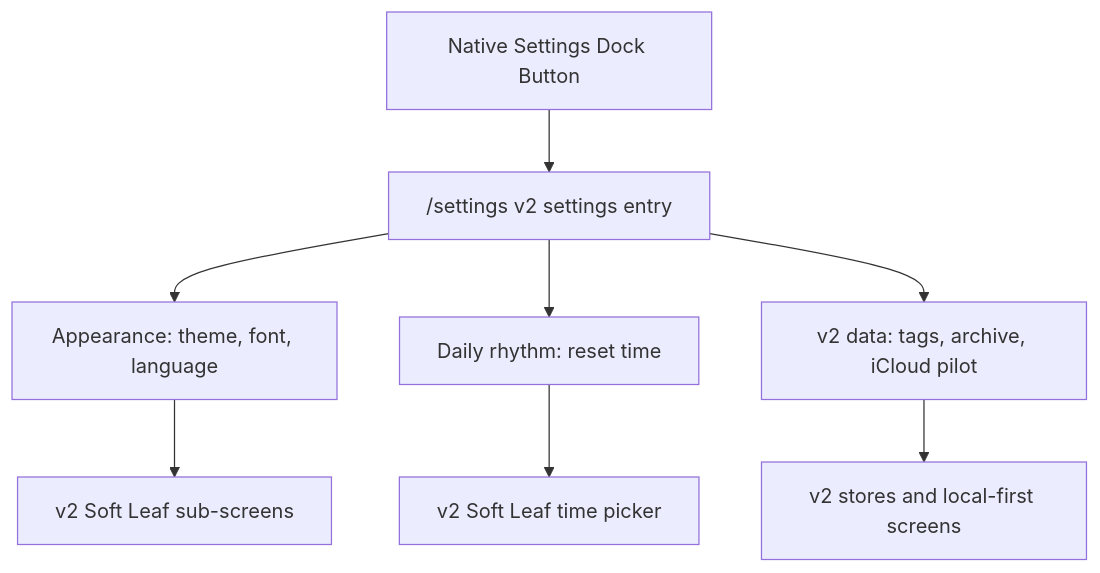
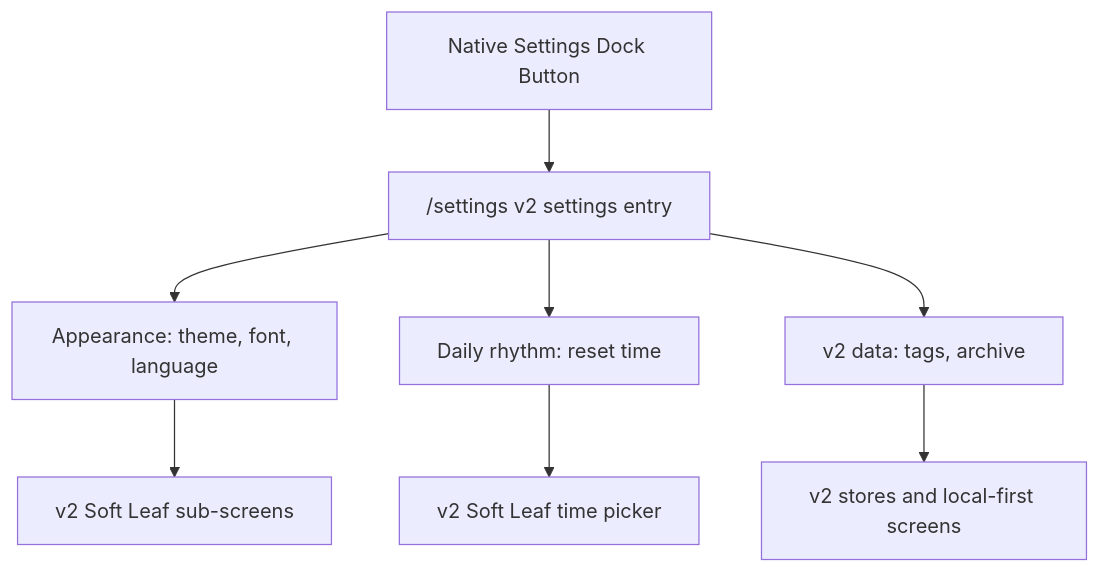
One commit to U-Keun/Tickly changed the diagram in docs/v2-notes/012-settings-redesign-direction.md. Above: the diagram before and after it, drawn with Mermaid. The commit also changed other lines of this file and 166 other files, not shown here.

````diff
--- a/docs/v2-notes/012-settings-redesign-direction.md
+++ b/docs/v2-notes/012-settings-redesign-direction.md
@@ -17,10 +17,10 @@
 ```mermaid
 flowchart TD
   Dock["Native Settings Dock Button"] --> Settings["/settings v2 settings entry"]
   Settings --> Appearance["Appearance: theme, font, language"]
   Appearance --> AppearanceScreens["v2 Soft Leaf sub-screens"]
   Settings --> Daily["Daily rhythm: reset time"]
   Daily --> ResetTime["v2 Soft Leaf time picker"]
-  Settings --> Data["v2 data: tags, archive, iCloud pilot"]
+  Settings --> Data["v2 data: tags, archive"]
   Data --> V2Flows["v2 stores and local-first screens"]
 ```
````
